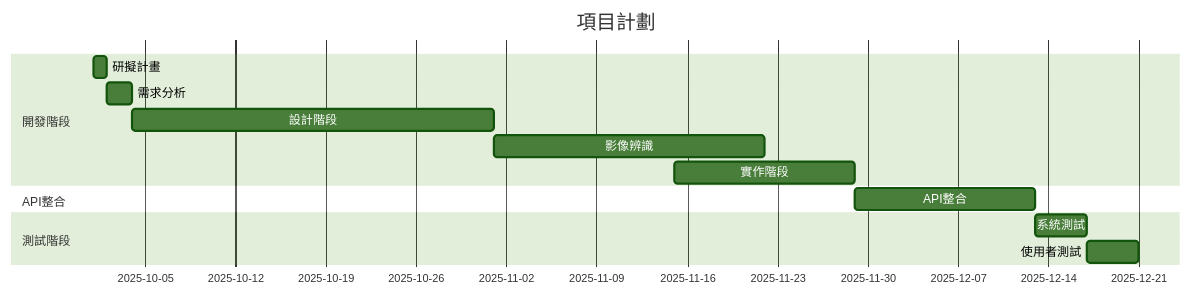
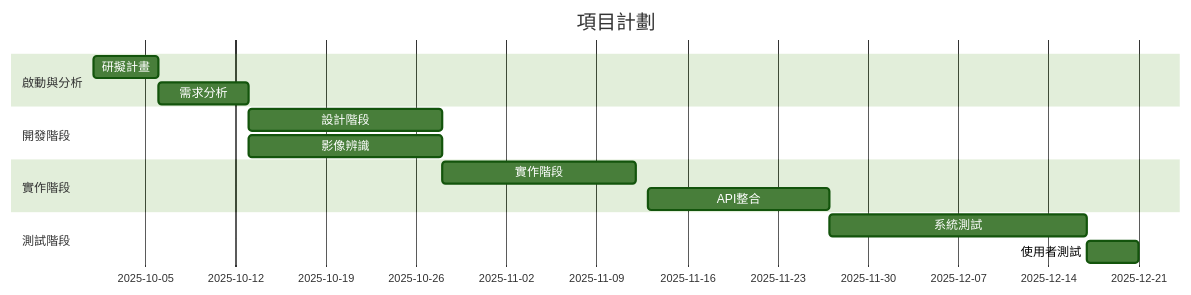
The first of 2 diagrams in 小組作業2.md (kyw012/team-project), drawn with Mermaid (forest theme) before and after one commit. The commit also changed other lines of this file, not shown here.

````diff
--- a/小組作業2.md
+++ b/小組作業2.md
@@ -15,20 +15,19 @@
 ```mermaid
 gantt
     title 項目計劃
     dateFormat  YYYY-MM-DD
+    section 啟動與分析
+    研擬計畫         :2025-10-01, 5d
+    需求分析         :2025-10-06, 7d
     section 開發階段
-    研擬計畫         :2025-10-01, 1d
-    需求分析         :2025-10-02, 2d
-    設計階段         :2025-10-04, 28d
-    影像辨識         :2025-11-01, 21d
-    實作階段         :2025-11-15, 14d
-    section API整合
-    API整合         :2025-11-29, 14d
+    設計階段         :2025-10-13, 15d
+    影像辨識         :2025-10-13, 15d
+    section 實作階段
+    實作階段         :2025-10-28, 15d
+    API整合         :2025-11-13, 14d
     section 測試階段
-    系統測試           :2025-12-13, 4d
+    系統測試           :2025-11-27, 20d
     使用者測試         :2025-12-17, 4d
     
 
-
-
 ```
````
